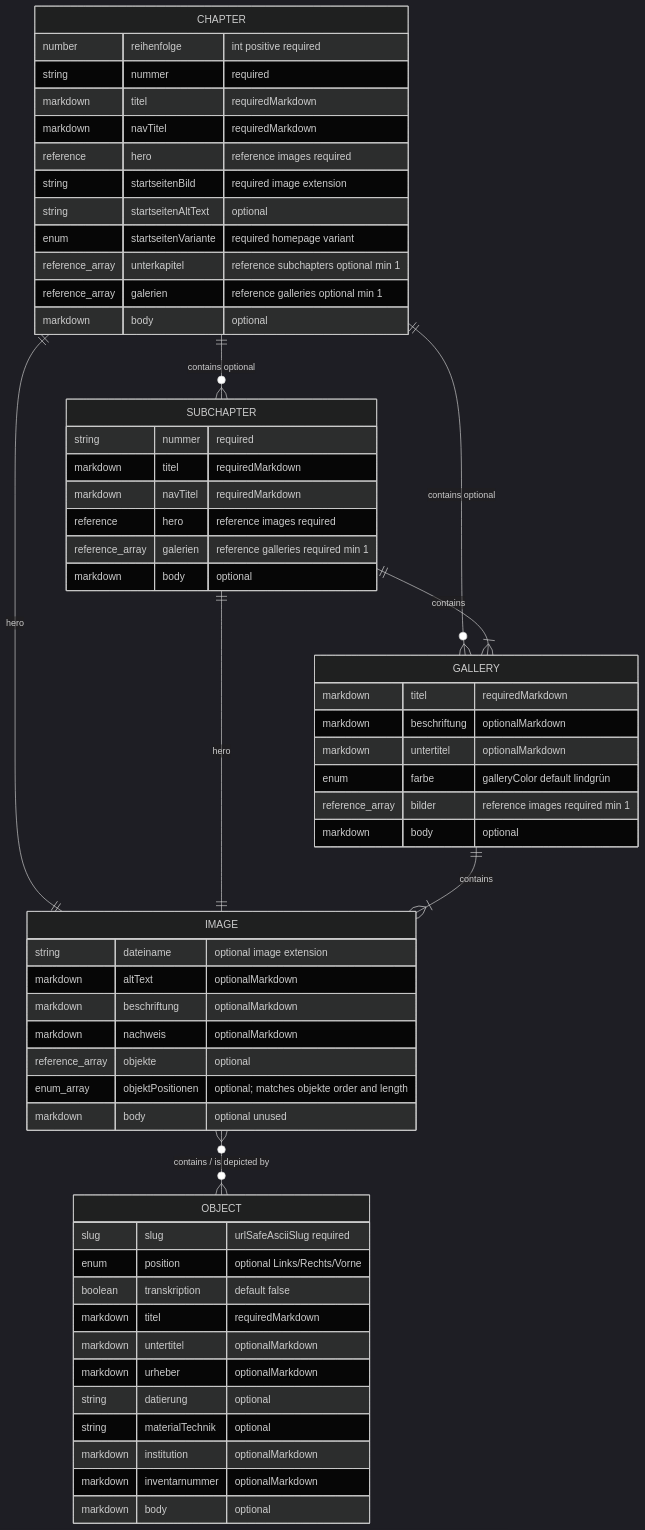
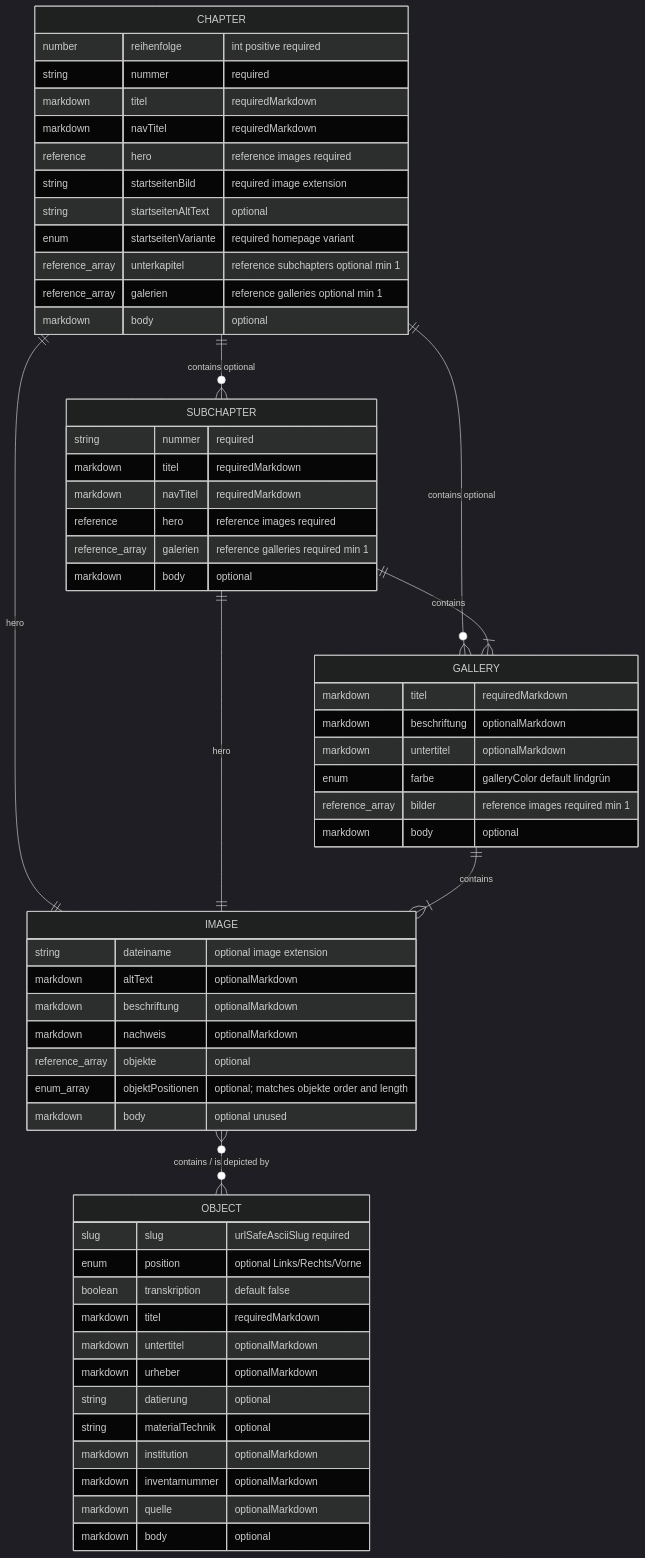
The diagram in docs/content-model.md (Theodor-Springmann-Stiftung/hebel-ausstellung), drawn with Mermaid (dark theme) before and after one commit. The commit also changed other lines of this file and 12 other files, not shown here.

````diff
--- a/docs/content-model.md
+++ b/docs/content-model.md
@@ -276,66 +278,67 @@
 ```mermaid
 erDiagram
   CHAPTER ||--o{ SUBCHAPTER : "contains optional"
   CHAPTER ||--o{ GALLERY : "contains optional"
   CHAPTER ||--|| IMAGE : "hero"
   SUBCHAPTER ||--|{ GALLERY : "contains"
   SUBCHAPTER ||--|| IMAGE : "hero"
   GALLERY ||--|{ IMAGE : "contains"
   IMAGE }o--o{ OBJECT : "contains / is depicted by"
 
   CHAPTER {
     number reihenfolge "int positive required"
     string nummer "required"
     markdown titel "requiredMarkdown"
     markdown navTitel "requiredMarkdown"
     reference hero "reference images required"
     string startseitenBild "required image extension"
     string startseitenAltText "optional"
     enum startseitenVariante "required homepage variant"
     reference_array unterkapitel "reference subchapters optional min 1"
     reference_array galerien "reference galleries optional min 1"
     markdown body "optional"
   }
 
   SUBCHAPTER {
     string nummer "required"
     markdown titel "requiredMarkdown"
     markdown navTitel "requiredMarkdown"
     reference hero "reference images required"
     reference_array galerien "reference galleries required min 1"
     markdown body "optional"
   }
 
   GALLERY {
     markdown titel "requiredMarkdown"
     markdown beschriftung "optionalMarkdown"
     markdown untertitel "optionalMarkdown"
     enum farbe "galleryColor default lindgrün"
     reference_array bilder "reference images required min 1"
     markdown body "optional"
   }
 
   IMAGE {
     string dateiname "optional image extension"
     markdown altText "optionalMarkdown"
     markdown beschriftung "optionalMarkdown"
     markdown nachweis "optionalMarkdown"
     reference_array objekte "optional"
     enum_array objektPositionen "optional; matches objekte order and length"
     markdown body "optional unused"
   }
 
   OBJECT {
     slug slug "urlSafeAsciiSlug required"
     enum position "optional Links/Rechts/Vorne"
     boolean transkription "default false"
     markdown titel "requiredMarkdown"
     markdown untertitel "optionalMarkdown"
     markdown urheber "optionalMarkdown"
     string datierung "optional"
     string materialTechnik "optional"
     markdown institution "optionalMarkdown"
     markdown inventarnummer "optionalMarkdown"
+    markdown quelle "optionalMarkdown"
     markdown body "optional"
   }
 ```
````
